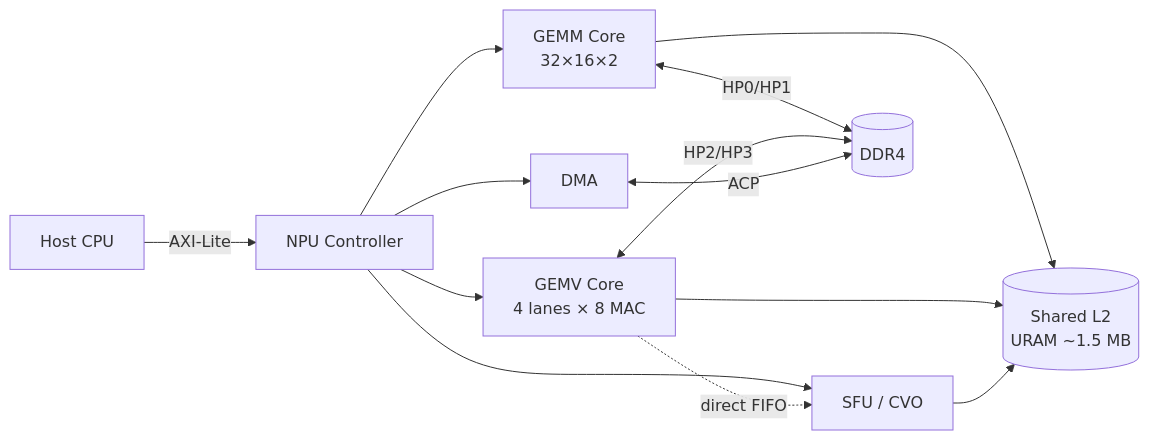
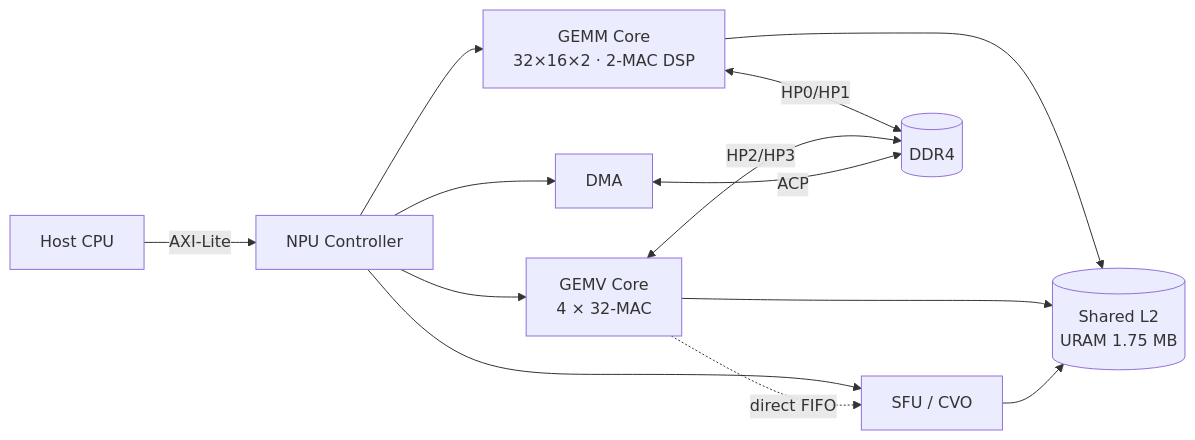
One commit to hwkim-dev/uCA changed the diagram in docs/samples/mermaid_blockdiagram.md. Above: the diagram before and after it, drawn with Mermaid. The commit also changed 3 other files, not shown here.

````diff
--- a/docs/samples/mermaid_blockdiagram.md
+++ b/docs/samples/mermaid_blockdiagram.md
@@ -7,15 +7,15 @@
 ```{mermaid}
 flowchart LR
     HOST[Host CPU] -- AXI-Lite --> CTRL[NPU Controller]
-    CTRL --> GEMM[GEMM Core<br/>32×16×2]
-    CTRL --> GEMV[GEMV Core<br/>4 lanes × 8 MAC]
+    CTRL --> GEMM[GEMM Core<br/>32×16×2 · 2-MAC DSP]
+    CTRL --> GEMV[GEMV Core<br/>4 × 32-MAC]
     CTRL --> SFU[SFU / CVO]
     CTRL --> DMA[DMA]
     GEMM <-- HP0/HP1 --> DDR[(DDR4)]
     GEMV <-- HP2/HP3 --> DDR
     DMA  <-- ACP    --> DDR
     GEMV -. direct FIFO .-> SFU
-    GEMM --> L2[(Shared L2<br/>URAM ~1.5 MB)]
+    GEMM --> L2[(Shared L2<br/>URAM 1.75 MB)]
     GEMV --> L2
     SFU  --> L2
 ```
````
